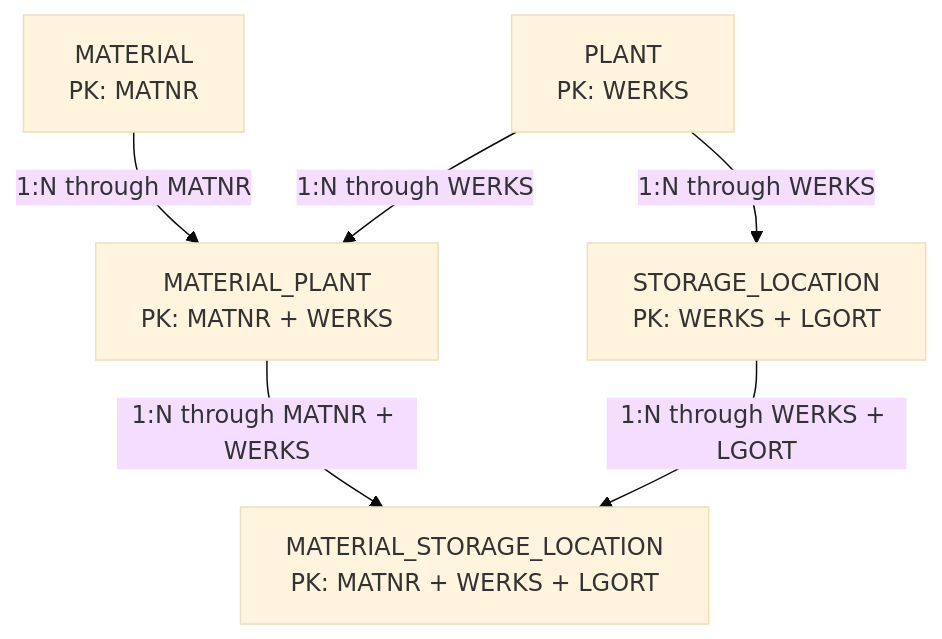
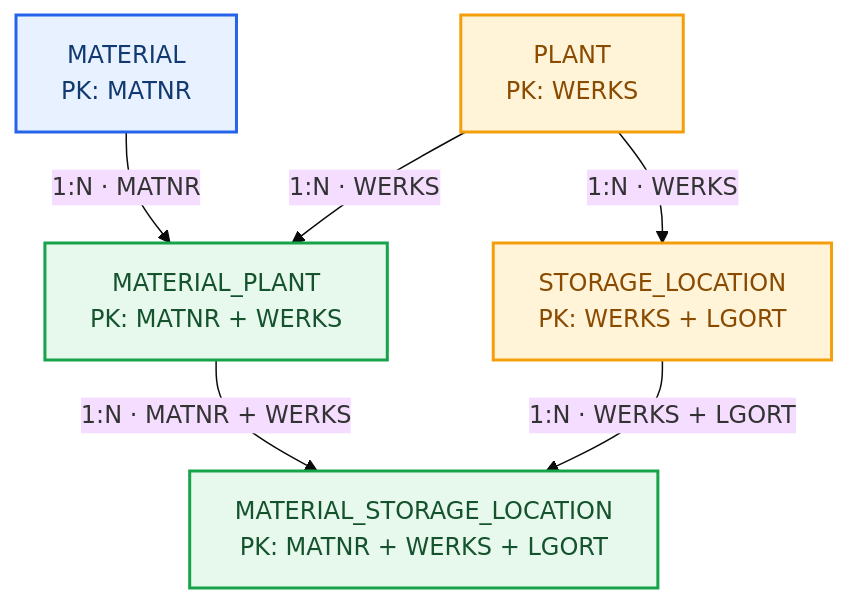
Before and after one commit to OrlandoCaetano2026/SAP_HANA_Cloud_Data_Engineering_Learning: the second of 3 diagrams in Docs/A — Data & SAP-MES Master Data Foundation/EN/01-a1-relational-data-foundation.en.md, drawn with Mermaid (base theme). The commit also changed other lines of this file and 1 other file, not shown here.

Commit message:
Improve A1 bilingual documentation flow and evidence integration

````diff
--- a/Docs/A — Data & SAP-MES Master Data Foundation/EN/01-a1-relational-data-foundation.en.md
+++ b/Docs/A — Data & SAP-MES Master Data Foundation/EN/01-a1-relational-data-foundation.en.md
@@ -157,14 +67,11 @@
 ```mermaid
-flowchart TD
-    M["MATERIAL<br/>PK: MATNR"]
-    P["PLANT<br/>PK: WERKS"]
-    S["STORAGE_LOCATION<br/>PK: WERKS + LGORT"]
-    MP["MATERIAL_PLANT<br/>PK: MATNR + WERKS"]
-    MSL["MATERIAL_STORAGE_LOCATION<br/>PK: MATNR + WERKS + LGORT"]
-
-    M -->|"1:N through MATNR"| MP
-    P -->|"1:N through WERKS"| MP
-    P -->|"1:N through WERKS"| S
-    MP -->|"1:N through MATNR + WERKS"| MSL
-    S -->|"1:N through WERKS + LGORT"| MSL
+flowchart TB
+    M["MATERIAL<br/>PK: MATNR"]:::master -->|"1:N · MATNR"| MP["MATERIAL_PLANT<br/>PK: MATNR + WERKS"]:::assoc
+    P["PLANT<br/>PK: WERKS"]:::org -->|"1:N · WERKS"| MP
+    P -->|"1:N · WERKS"| S["STORAGE_LOCATION<br/>PK: WERKS + LGORT"]:::org
+    MP -->|"1:N · MATNR + WERKS"| MSL["MATERIAL_STORAGE_LOCATION<br/>PK: MATNR + WERKS + LGORT"]:::assoc
+    S -->|"1:N · WERKS + LGORT"| MSL
+    classDef master fill:#E8F1FF,stroke:#2563EB,color:#123A70,stroke-width:2px;
+    classDef org fill:#FFF3D8,stroke:#F59E0B,color:#8A4B00,stroke-width:2px;
+    classDef assoc fill:#E7F8EC,stroke:#16A34A,color:#14532D,stroke-width:2px;
 ```
````
